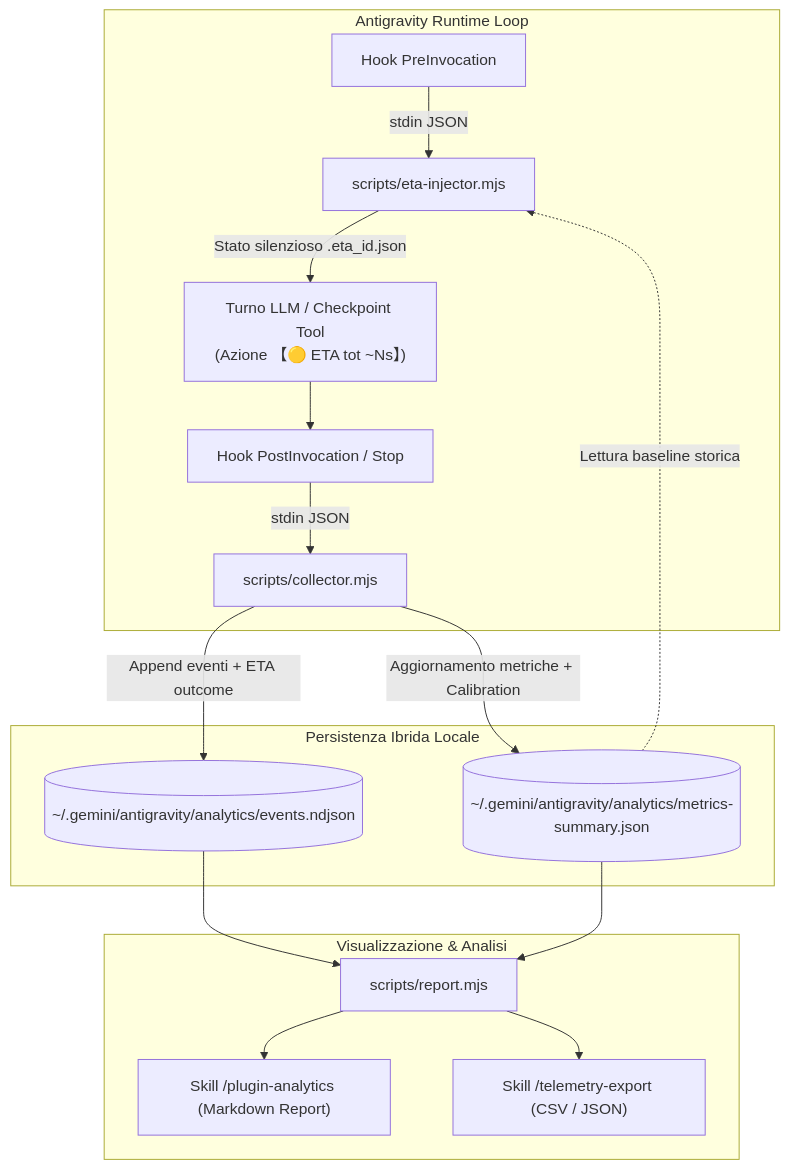
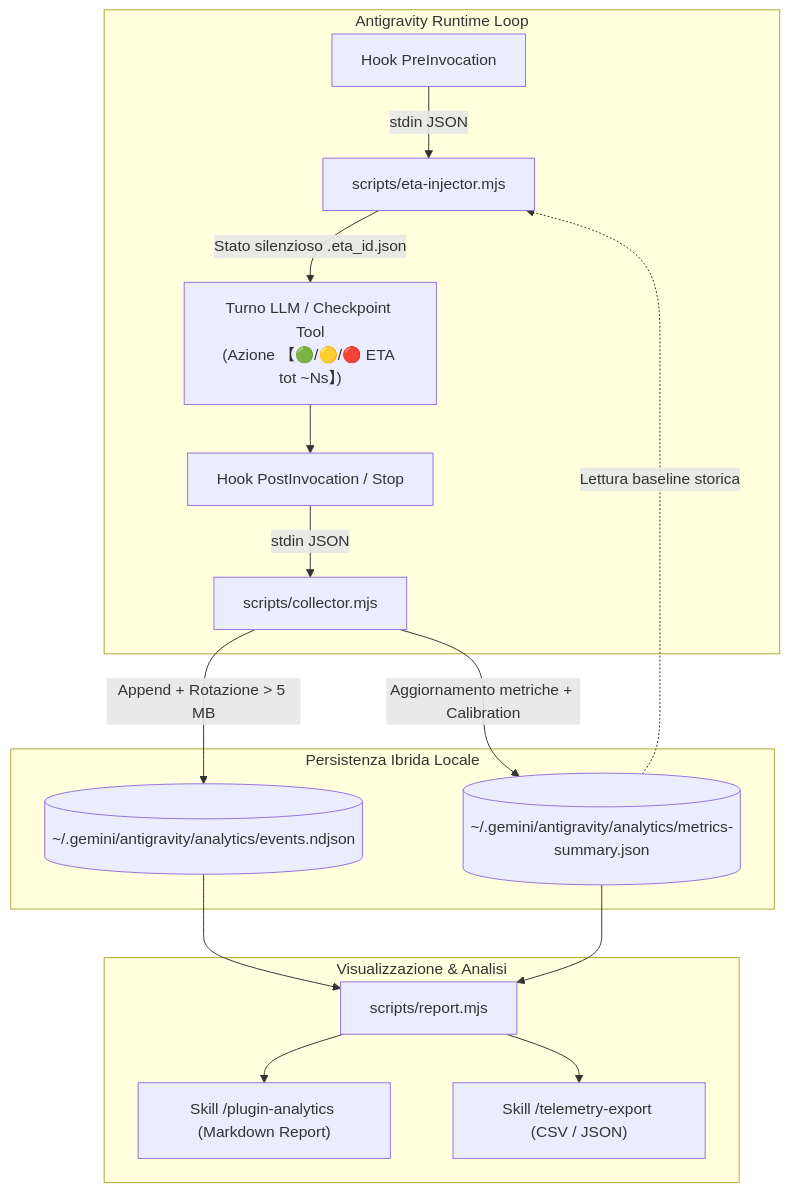
One commit to alessandroame/antigravity-plugins changed the diagram in plugins/telemetry-analytics/README.md. Above: the diagram before and after it, drawn with Mermaid. The commit also changed other lines of this file and 13 other files, not shown here.

````diff
--- a/plugins/telemetry-analytics/README.md
+++ b/plugins/telemetry-analytics/README.md
@@ -19,22 +19,22 @@
 ```mermaid
 flowchart TD
     subgraph AntigravityRuntime["Antigravity Runtime Loop"]
         PreInv["Hook PreInvocation"] -->|stdin JSON| EtaInj["scripts/eta-injector.mjs"]
-        EtaInj -->|Stato silenzioso .eta_id.json| Turn["Turno LLM / Checkpoint Tool<br/>(Azione 【🟡 ETA tot ~Ns】)"]
+        EtaInj -->|Stato silenzioso .eta_id.json| Turn["Turno LLM / Checkpoint Tool<br/>(Azione 【🟢/🟡/🔴 ETA tot ~Ns】)"]
         Turn --> PostInv["Hook PostInvocation / Stop"]
         PostInv -->|stdin JSON| Collector["scripts/collector.mjs"]
     end
 
     subgraph StorageLayer["Persistenza Ibrida Locale"]
-        Collector -->|Append eventi + ETA outcome| NDJSON[("~/.gemini/antigravity/analytics/events.ndjson")]
+        Collector -->|Append + Rotazione > 5 MB| NDJSON[("~/.gemini/antigravity/analytics/events.ndjson")]
         Collector -->|Aggiornamento metriche + Calibration| Summary[("~/.gemini/antigravity/analytics/metrics-summary.json")]
         Summary -.->|Lettura baseline storica| EtaInj
     end
 
     subgraph ReportingLayer["Visualizzazione & Analisi"]
         NDJSON --> Report["scripts/report.mjs"]
         Summary --> Report
         Report --> Skill1["Skill /plugin-analytics (Markdown Report)"]
         Report --> Skill2["Skill /telemetry-export (CSV / JSON)"]
     end
 ```
````
